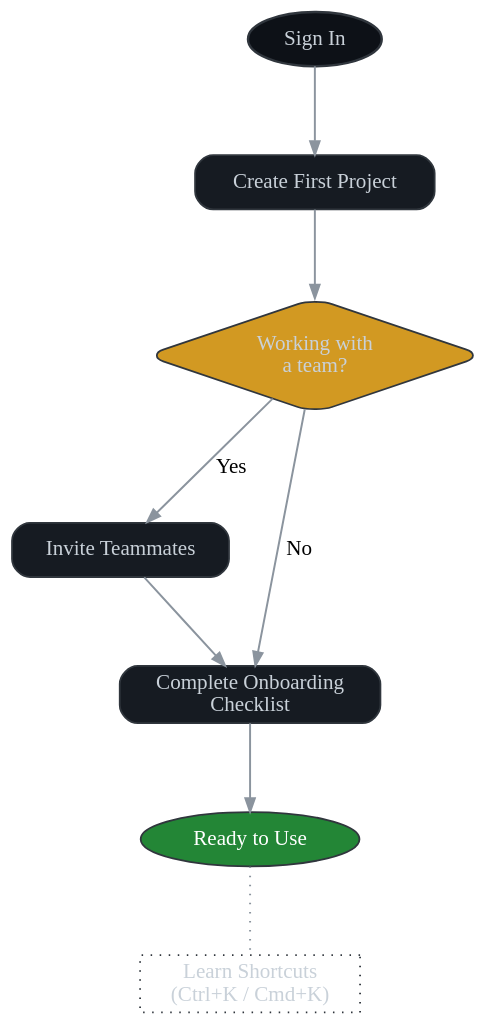
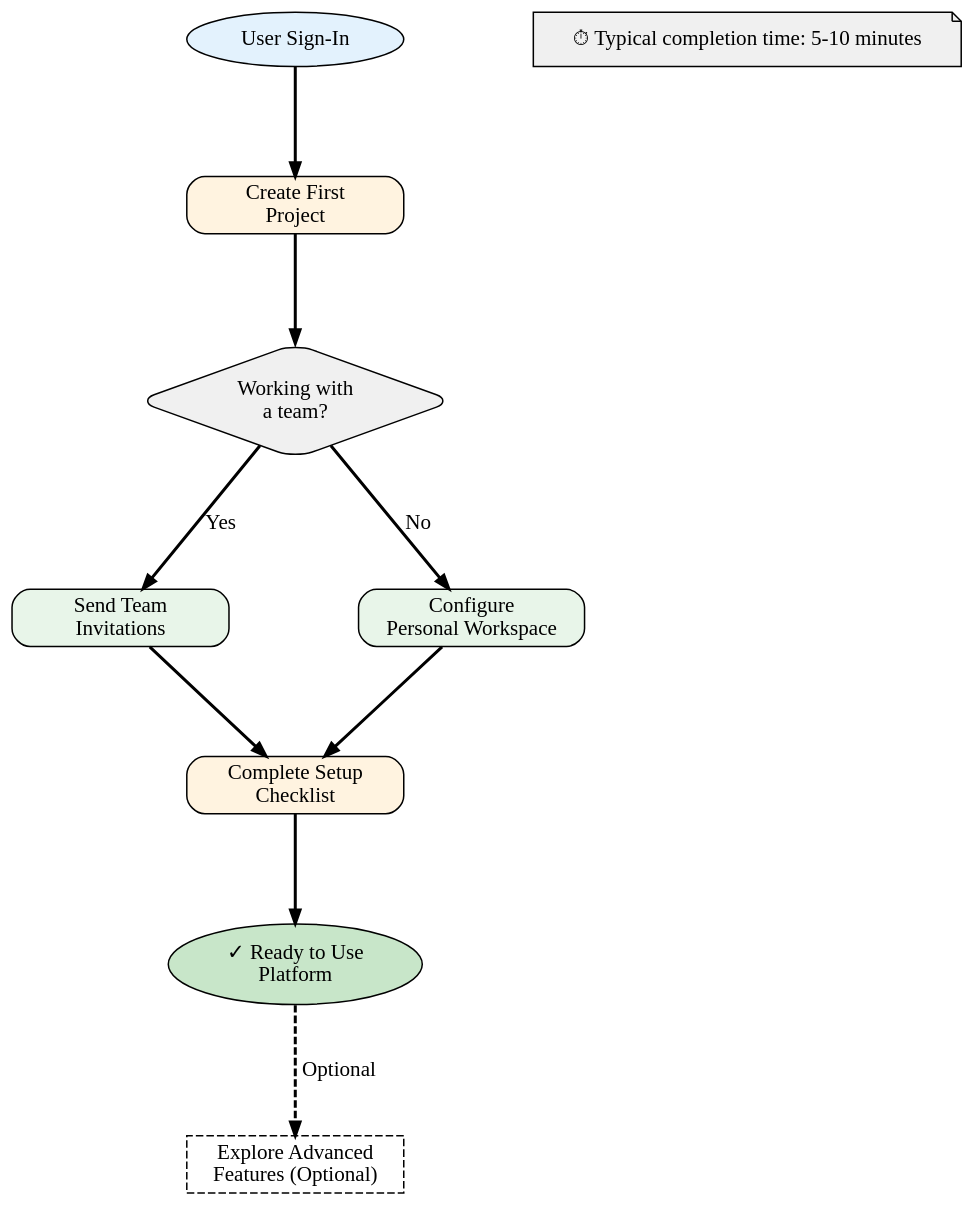
Before and after one commit to KorayErkan/tw-portfolio: the diagram in software-guides/img/user-onboarding-flow.dot, drawn with Graphviz. The commit also changed 16 other files, not shown here.

Commit message:
Updated the Graphviz graphics files

```diff
--- a/software-guides/img/user-onboarding-flow.dot
+++ b/software-guides/img/user-onboarding-flow.dot
@@ -1,25 +1,44 @@
 digraph G {
-  graph [rankdir=TB, splines=true, bgcolor="transparent", nodesep=0.7, ranksep=0.8];
-  node  [shape=rounded, style="filled,rounded", fillcolor="#161b22", color="#30363d", fontcolor="#c9d1d9", penwidth=1.2];
-  edge  [color="#8b949e", arrowsize=0.9, penwidth=1.3];
+  graph [rankdir=TB, splines=false, bgcolor="transparent", nodesep=1.2, ranksep=1.0];
+  node [shape=box, style="rounded,filled", fontname="Calibri", fontsize=14, width=2.0];
+  edge [arrowsize=0.9, penwidth=2, fontname="Calibri", fontsize=14];
 
-  start [label="Sign In", shape=ellipse, fillcolor="#0d1117", penwidth=1.6];
-  project [label="Create First Project"];
-  invite [label="Invite Teammates"];
-  checklist [label="Complete Onboarding\nChecklist"];
-  ready [label="Ready to Use", shape=ellipse, fillcolor="#238636", fontcolor="#ffffff"];
+  // Start point
+  start [label="User Sign-In", fillcolor="#e3f2fd", shape=ellipse];
 
-  // Decision points
-  has_team [label="Working with\na team?", shape=diamond, fillcolor="#d29922"];
+  // Core onboarding steps
+  setup_project [label="Create First\nProject", fillcolor="#fff3e0"];
 
-  start -> project;
-  project -> has_team;
-  has_team -> invite [label="Yes"];
-  has_team -> checklist [label="No"];
-  invite -> checklist;
-  checklist -> ready;
+  // Decision point
+  team_decision [label="Working with\na team?", fillcolor="#f0f0f0", shape=diamond];
 
-  // Parallel activities
-  shortcuts [label="Learn Shortcuts\n(Ctrl+K / Cmd+K)", style=dotted];
-  ready -> shortcuts [style=dotted, arrowhead=none];
+  // Conditional steps
+  invite_users [label="Send Team\nInvitations", fillcolor="#e8f5e9"];
+  solo_setup [label="Configure\nPersonal Workspace", fillcolor="#e8f5e9"];
+
+  // Completion steps
+  complete_checklist [label="Complete Setup\nChecklist", fillcolor="#fff3e0"];
+
+  // Success state
+  ready [label="✓ Ready to Use\nPlatform", fillcolor="#c8e6c9", shape=ellipse];
+
+  // Optional enhancement
+  learn_features [label="Explore Advanced\nFeatures (Optional)", fillcolor="#f3e5f5", style=dashed];
+
+  // Flow connections
+  start -> setup_project;
+  setup_project -> team_decision;
+
+  team_decision -> invite_users [label="Yes"];
+  team_decision -> solo_setup [label="No"];
+
+  invite_users -> complete_checklist;
+  solo_setup -> complete_checklist;
+
+  complete_checklist -> ready;
+  ready -> learn_features [style=dashed, label="Optional"];
+
+  // Timeline note
+  timeline [label="⏱ Typical completion time: 5-10 minutes",
+           fillcolor="#f0f0f0", shape=note];
 }
```
